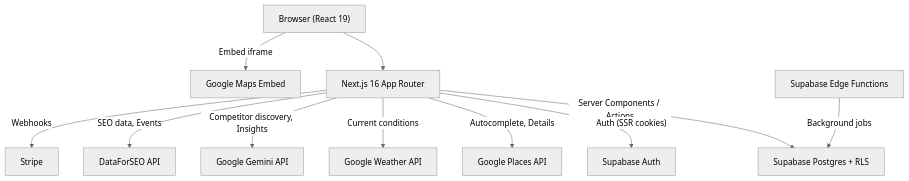
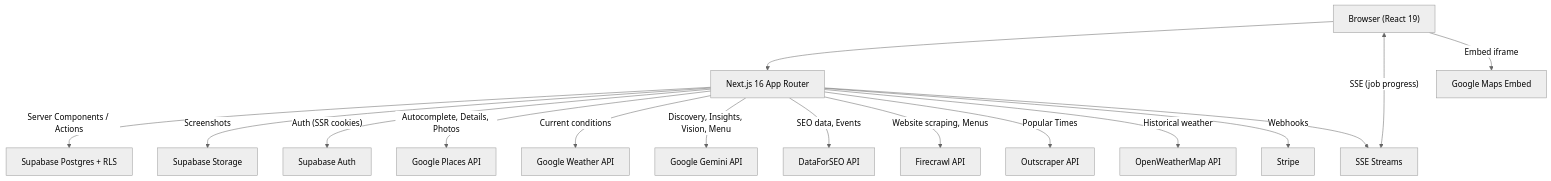
The first of 5 diagrams in BLUEPRINT.md (AliveLabs/prophet), drawn with Mermaid (neutral theme) before and after one commit. The commit also changed other lines of this file and 51 other files, not shown here.

First line of the commit message:
Add visual intelligence, traffic, weather pages + job pipelines + comprehensive BLUEPRINT update

````diff
--- a/BLUEPRINT.md
+++ b/BLUEPRINT.md
@@ -375,25 +480,34 @@
 ```mermaid
 flowchart TB
     Browser["Browser (React 19)"]
     NextJS["Next.js 16 App Router"]
     SupaAuth["Supabase Auth"]
     SupaDB["Supabase Postgres + RLS"]
+    SupaStorage["Supabase Storage"]
     GooglePlaces["Google Places API"]
     GoogleMaps["Google Maps Embed"]
     GoogleWeather["Google Weather API"]
     Gemini["Google Gemini API"]
     DataForSEO["DataForSEO API"]
+    Firecrawl["Firecrawl API"]
+    Outscraper["Outscraper API"]
+    OpenWeatherMap["OpenWeatherMap API"]
     Stripe["Stripe"]
-    EdgeFns["Supabase Edge Functions"]
+    SSE["SSE Streams"]
 
     Browser --> NextJS
+    Browser <-->|"SSE (job progress)"| SSE
     NextJS -->|"Server Components / Actions"| SupaDB
+    NextJS -->|"Screenshots"| SupaStorage
     NextJS -->|"Auth (SSR cookies)"| SupaAuth
-    NextJS -->|"Autocomplete, Details"| GooglePlaces
+    NextJS -->|"Autocomplete, Details, Photos"| GooglePlaces
     NextJS -->|"Current conditions"| GoogleWeather
-    NextJS -->|"Competitor discovery, Insights"| Gemini
+    NextJS -->|"Discovery, Insights, Vision, Menu"| Gemini
     NextJS -->|"SEO data, Events"| DataForSEO
+    NextJS -->|"Website scraping, Menus"| Firecrawl
+    NextJS -->|"Popular Times"| Outscraper
+    NextJS -->|"Historical weather"| OpenWeatherMap
     NextJS -->|"Webhooks"| Stripe
     Browser -->|"Embed iframe"| GoogleMaps
-    EdgeFns -->|"Background jobs"| SupaDB
+    NextJS --> SSE
 ```
````
